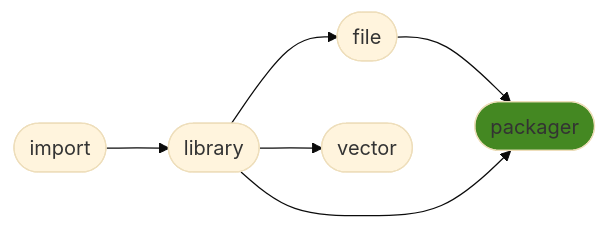
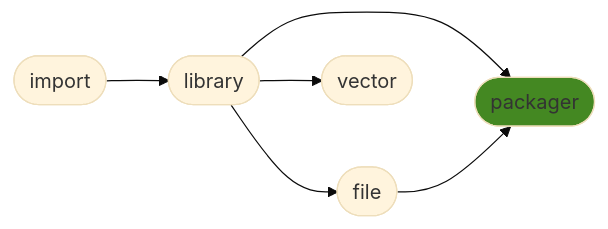
One commit to ManderaGeneral/generalpackager changed the diagram in README.md. Above: the diagram before and after it, drawn with Mermaid (base theme). The commit also changed other lines of this file, not shown here.

````diff
--- a/README.md
+++ b/README.md
@@ -16,14 +16,14 @@
 ```mermaid
 flowchart LR
 1([library]) --> 3([vector])
-2([file]) --> 4([packager])
 1([library]) --> 4([packager])
 0([import]) --> 1([library])
 1([library]) --> 2([file])
+2([file]) --> 4([packager])
 click 0 "https://github.com/ManderaGeneral/generalimport"
 click 1 "https://github.com/ManderaGeneral/generallibrary"
 click 2 "https://github.com/ManderaGeneral/generalfile"
 click 3 "https://github.com/ManderaGeneral/generalvector"
 click 4 "https://github.com/ManderaGeneral/generalpackager"
 style 4 fill:#482
 ```
````
